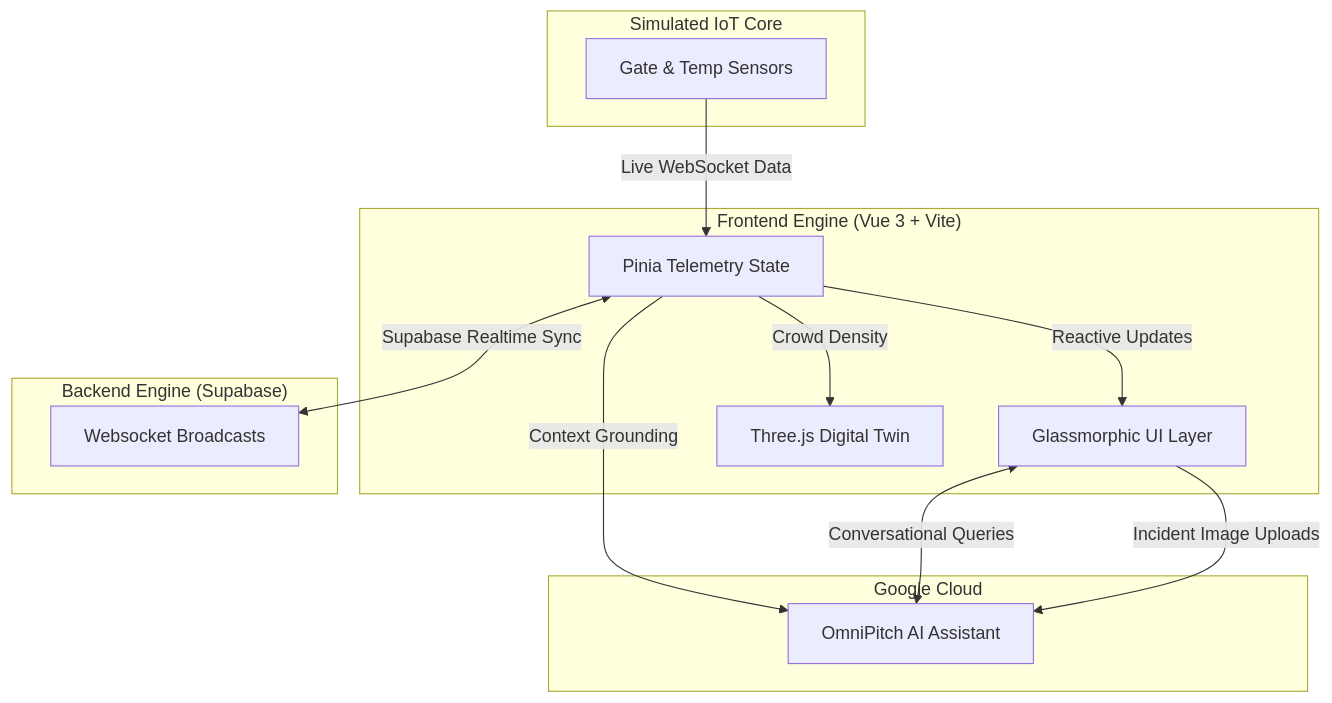
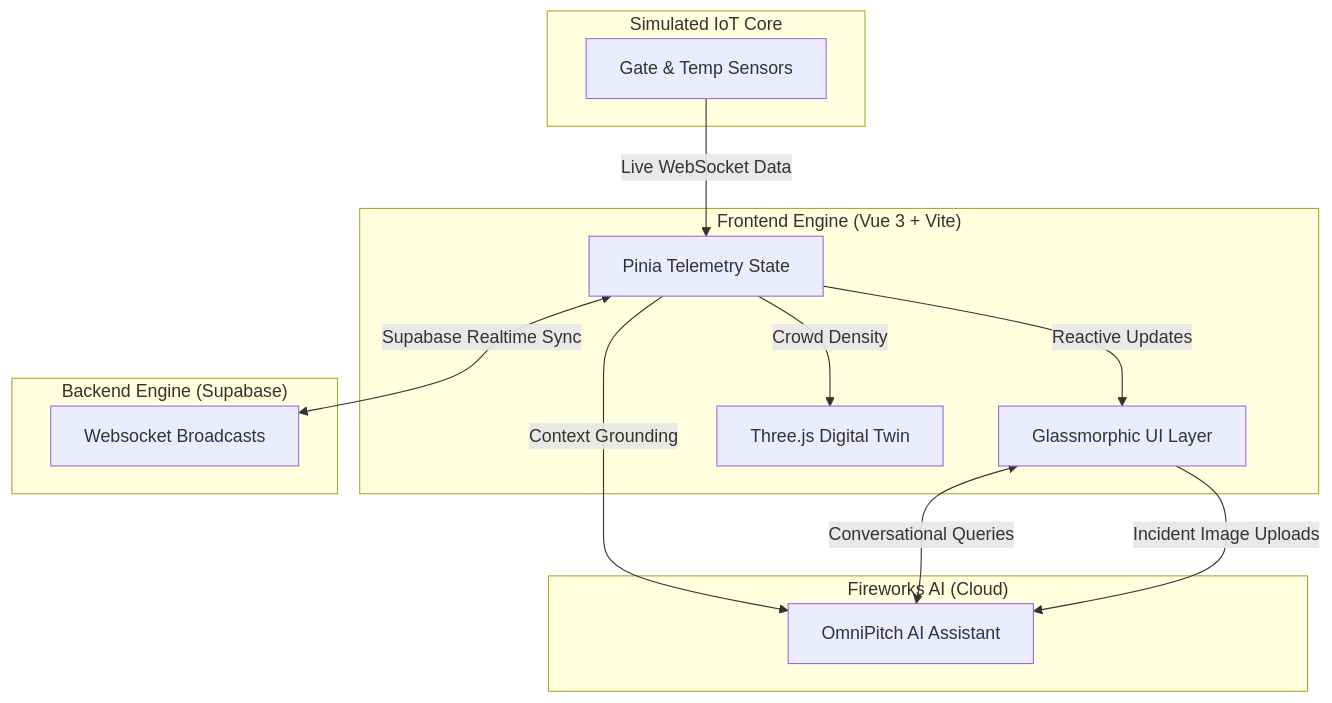
One commit to shashankh3/omnipitch-2026 changed the diagram in README.md. Above: the diagram before and after it, drawn with Mermaid. The commit also changed other lines of this file, not shown here.

````diff
--- a/README.md
+++ b/README.md
@@ -107,28 +107,28 @@
 ```mermaid
 graph TD
     subgraph "Frontend Engine (Vue 3 + Vite)"
         UI[Glassmorphic UI Layer]
         State[Pinia Telemetry State]
         WebGL[Three.js Digital Twin]
     end
 
     subgraph "Backend Engine (Supabase)"
         Realtime[Websocket Broadcasts]
     end
 
-    subgraph "Google Cloud"
+    subgraph "Fireworks AI (Cloud)"
         AI[OmniPitch AI Assistant]
     end
 
     subgraph "Simulated IoT Core"
         Sensors[Gate & Temp Sensors]
     end
 
     Sensors -->|Live WebSocket Data| State
     State <-->|Supabase Realtime Sync| Realtime
     State -->|Reactive Updates| UI
     State -->|Crowd Density| WebGL
     State -->|Context Grounding| AI
     UI <-->|Conversational Queries| AI
     UI -->|Incident Image Uploads| AI
 ```
````
